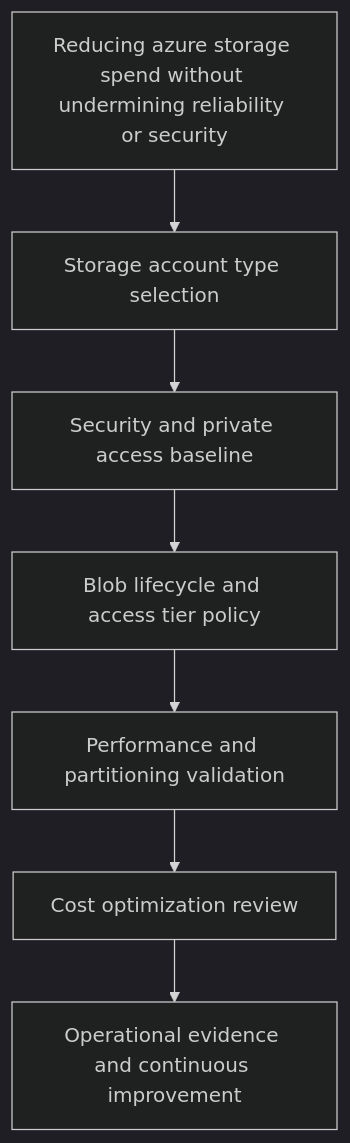
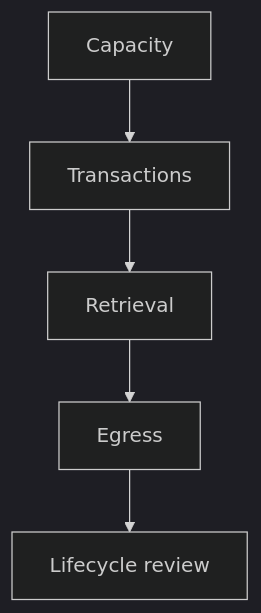
The diagram in docs/best-practices/cost-optimization-best-practices.md (yeongseon/azure-storage-practical-guide), drawn with Mermaid (dark theme) before and after one commit. The commit also changed other lines of this file and 90 other files, not shown here.

````diff
--- a/docs/best-practices/cost-optimization-best-practices.md
+++ b/docs/best-practices/cost-optimization-best-practices.md
@@ -32,9 +30,12 @@
 ```mermaid
 flowchart TD
-    A[Reducing azure storage spend without undermining reliability or security] --> B[Storage account type selection]
-    B --> C[Security and private access baseline]
-    C --> D[Blob lifecycle and access tier policy]
-    D --> E[Performance and partitioning validation]
-    E --> F[Cost optimization review]
-    F --> G[Operational evidence and continuous improvement]
+    A[Capacity]
+    B[Transactions]
+    A --> B
+    C[Retrieval]
+    B --> C
+    D[Egress]
+    C --> D
+    E[Lifecycle review]
+    D --> E
 ```
````
